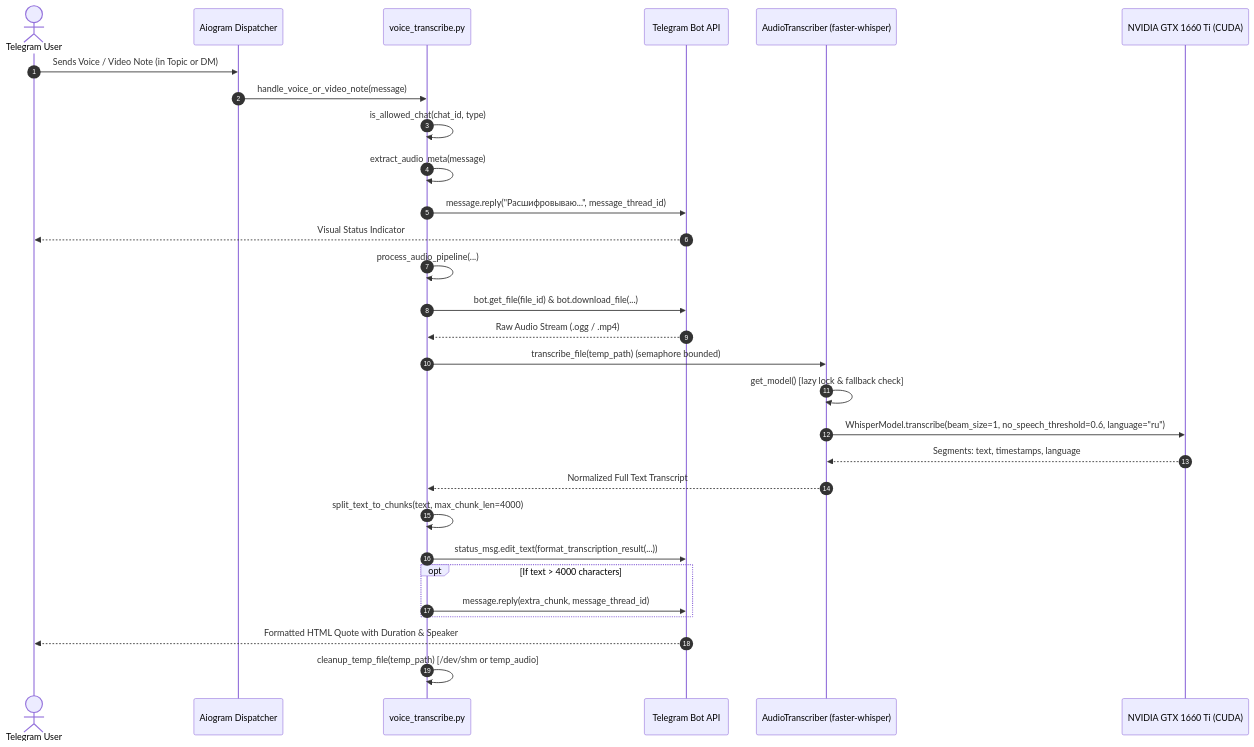
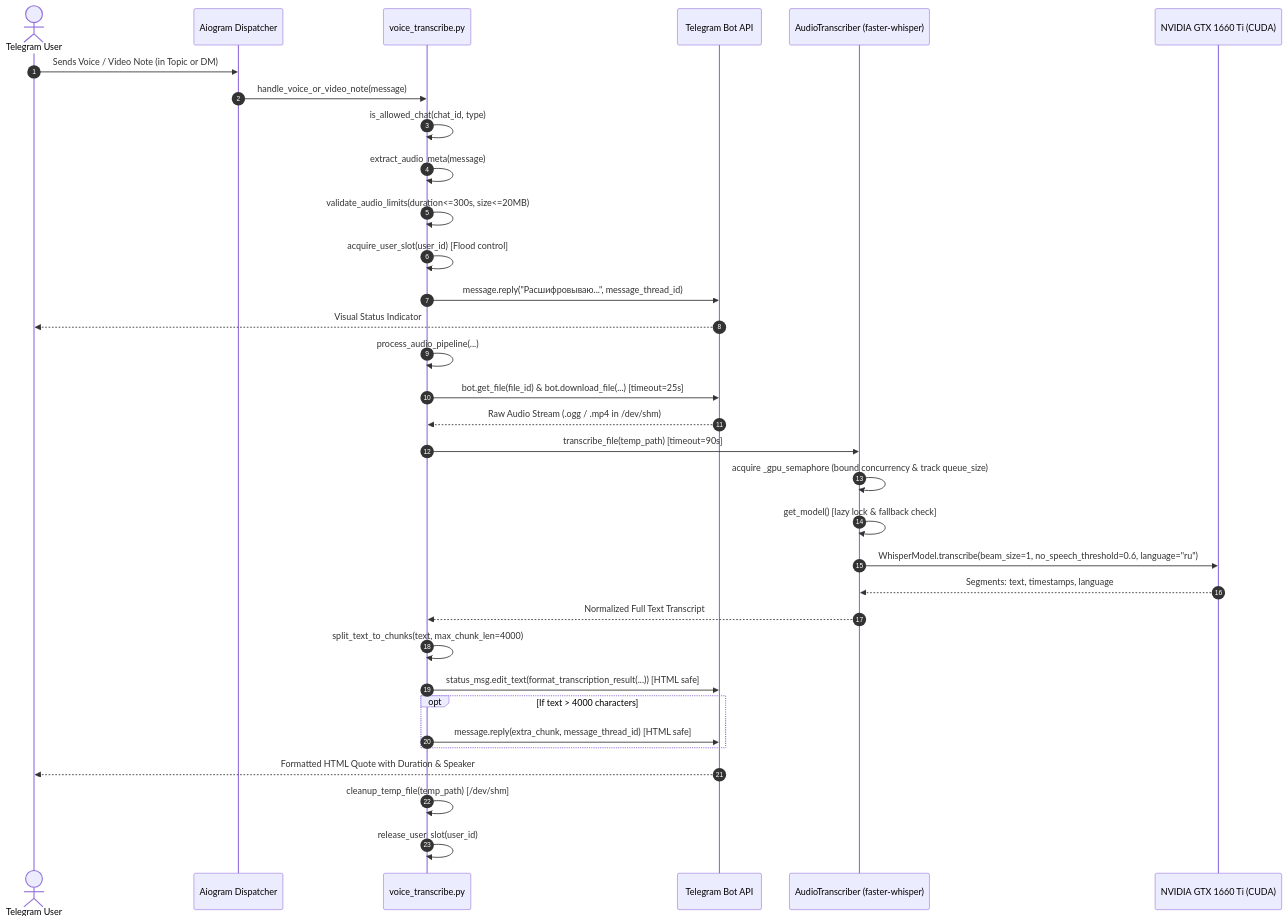
Diagram 23 of 34 in docs/UML.md (Utkautka1/para), drawn with Mermaid before and after one commit. The commit also changed other lines of this file and 9 other files, not shown here.

First line of the commit message:
fix(security,cache): remove runtime data cache from git, add voice flood limits, fix dockerfile and enforce <=25 lines per function

````diff
--- a/docs/UML.md
+++ b/docs/UML.md
@@ -1627,35 +1639,39 @@
 ```mermaid
 sequenceDiagram
     autonumber
     actor User as Telegram User
     participant Bot as Aiogram Dispatcher
     participant Handler as voice_transcribe.py
     participant TG as Telegram Bot API
     participant STT as AudioTranscriber (faster-whisper)
     participant GPU as NVIDIA GTX 1660 Ti (CUDA)
 
     User->>Bot: Sends Voice / Video Note (in Topic or DM)
     Bot->>Handler: handle_voice_or_video_note(message)
     Handler->>Handler: is_allowed_chat(chat_id, type)
     Handler->>Handler: extract_audio_meta(message)
+    Handler->>Handler: validate_audio_limits(duration<=300s, size<=20MB)
+    Handler->>Handler: acquire_user_slot(user_id) [Flood control]
     Handler->>TG: message.reply("Расшифровываю...", message_thread_id)
     TG-->>User: Visual Status Indicator
 
     Handler->>Handler: process_audio_pipeline(...)
-    Handler->>TG: bot.get_file(file_id) & bot.download_file(...)
-    TG-->>Handler: Raw Audio Stream (.ogg / .mp4)
+    Handler->>TG: bot.get_file(file_id) & bot.download_file(...) [timeout=25s]
+    TG-->>Handler: Raw Audio Stream (.ogg / .mp4 in /dev/shm)
 
-    Handler->>STT: transcribe_file(temp_path) (semaphore bounded)
+    Handler->>STT: transcribe_file(temp_path) [timeout=90s]
+    STT->>STT: acquire _gpu_semaphore (bound concurrency & track queue_size)
     STT->>STT: get_model() [lazy lock & fallback check]
     STT->>GPU: WhisperModel.transcribe(beam_size=1, no_speech_threshold=0.6, language="ru")
     GPU-->>STT: Segments: text, timestamps, language
     STT-->>Handler: Normalized Full Text Transcript
 
     Handler->>Handler: split_text_to_chunks(text, max_chunk_len=4000)
-    Handler->>TG: status_msg.edit_text(format_transcription_result(...))
+    Handler->>TG: status_msg.edit_text(format_transcription_result(...)) [HTML safe]
     opt If text > 4000 characters
-        Handler->>TG: message.reply(extra_chunk, message_thread_id)
+        Handler->>TG: message.reply(extra_chunk, message_thread_id) [HTML safe]
     end
     TG-->>User: Formatted HTML Quote with Duration & Speaker
-    Handler->>Handler: cleanup_temp_file(temp_path) [/dev/shm or temp_audio]
+    Handler->>Handler: cleanup_temp_file(temp_path) [/dev/shm]
+    Handler->>Handler: release_user_slot(user_id)
 ```
````
